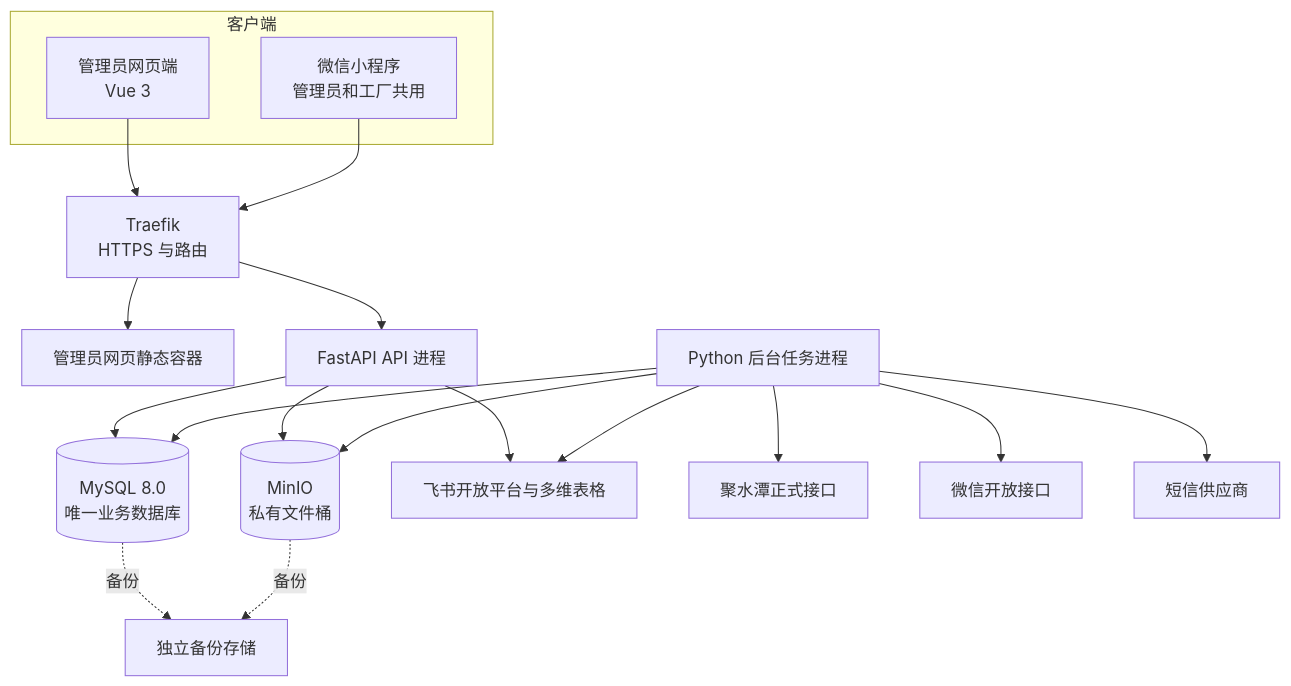
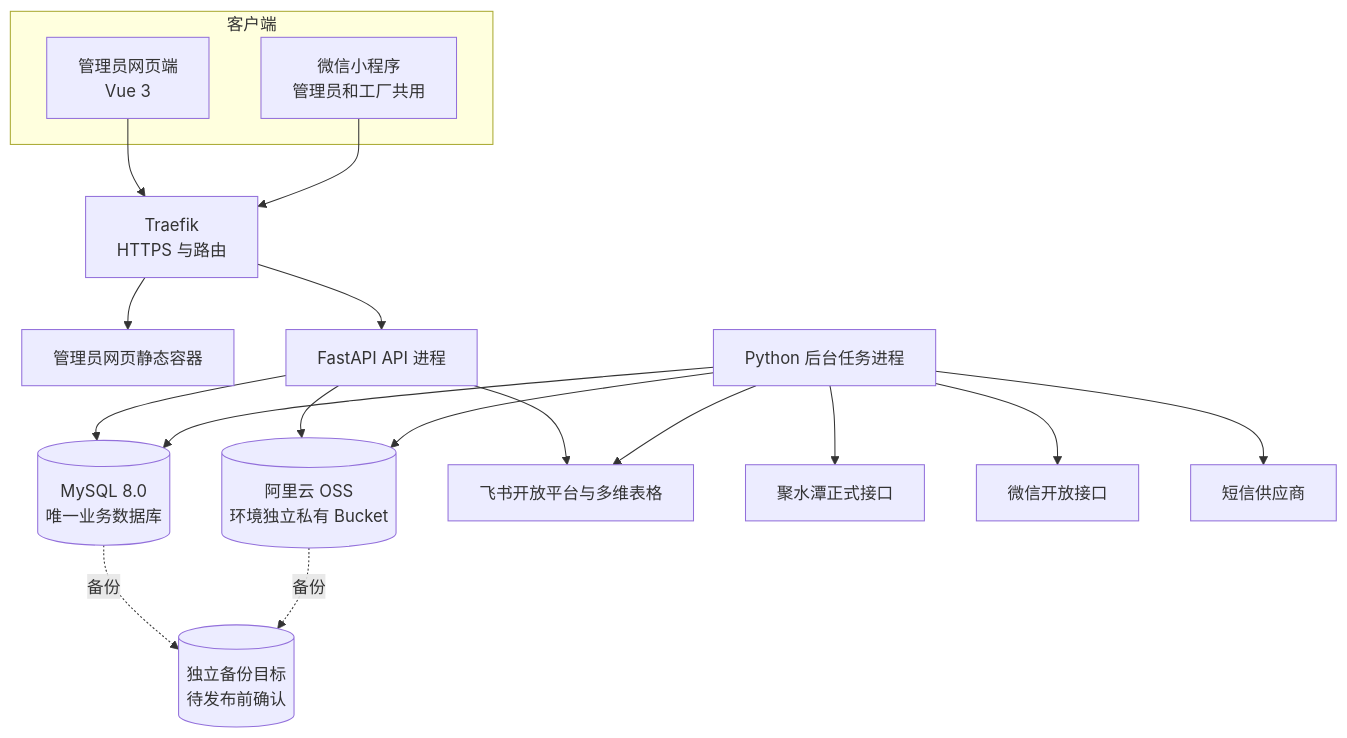
The first of 2 diagrams in docs/project/一期技术设计方案.md (kocotree/order_tracking), drawn with Mermaid before and after one commit. The commit also changed other lines of this file and 22 other files, not shown here.

````diff
--- a/docs/project/一期技术设计方案.md
+++ b/docs/project/一期技术设计方案.md
@@ -58,36 +58,36 @@
 ```mermaid
 flowchart TB
   subgraph Clients["客户端"]
     Web["管理员网页端<br/>Vue 3"]
     Mini["微信小程序<br/>管理员和工厂共用"]
   end
 
   Traefik["Traefik<br/>HTTPS 与路由"]
   Static["管理员网页静态容器"]
   API["FastAPI API 进程"]
   Worker["Python 后台任务进程"]
   MySQL[("MySQL 8.0<br/>唯一业务数据库")]
-  MinIO[("MinIO<br/>私有文件桶")]
+  OSS[("阿里云 OSS<br/>环境独立私有 Bucket")]
 
   Feishu["飞书开放平台与多维表格"]
   JST["聚水潭正式接口"]
   WeChat["微信开放接口"]
   SMS["短信供应商"]
-  OSS["独立备份存储"]
+  Backup[("独立备份目标<br/>待发布前确认")]
 
   Web --> Traefik
   Mini --> Traefik
   Traefik --> Static
   Traefik --> API
   API --> MySQL
-  API --> MinIO
+  API --> OSS
   Worker --> MySQL
-  Worker --> MinIO
+  Worker --> OSS
   API --> Feishu
   Worker --> Feishu
   Worker --> JST
   Worker --> WeChat
   Worker --> SMS
-  MySQL -.备份.-> OSS
-  MinIO -.备份.-> OSS
+  MySQL -.备份.-> Backup
+  OSS -.备份.-> Backup
 ```
````
